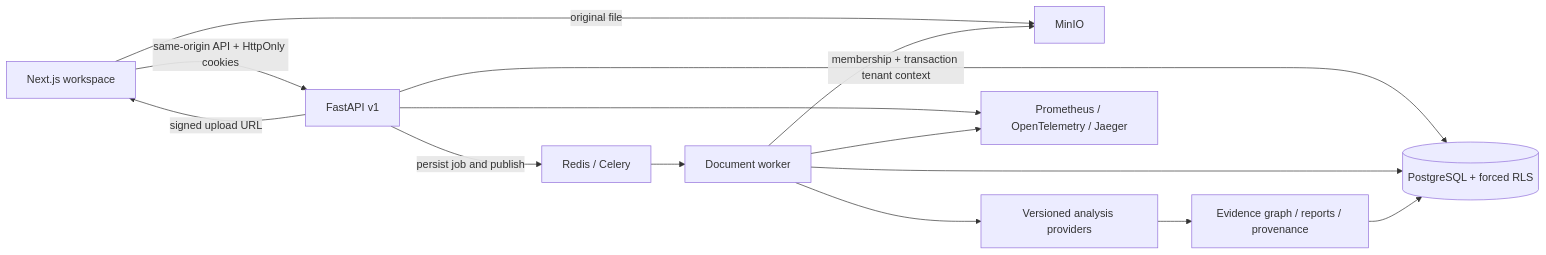
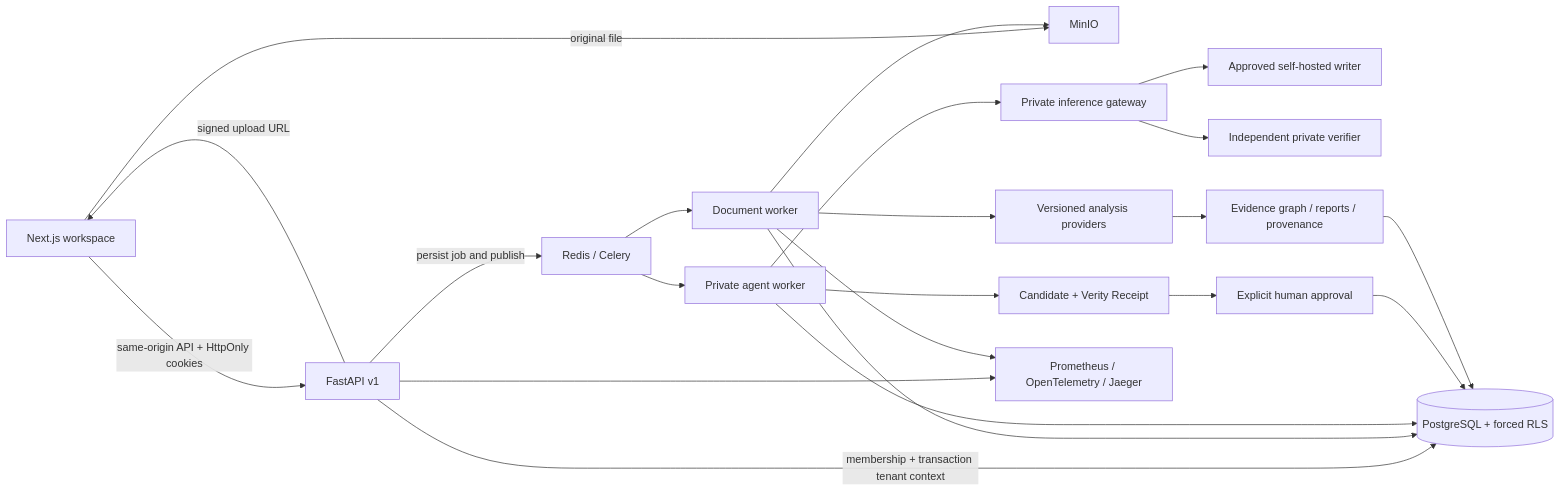
Before and after one commit to arajmir7/Azaeron-Verity: the diagram in ARCHITECTURE.md, drawn with Mermaid. The commit also changed other lines of this file and 61 other files, not shown here.

Commit message:
Implement private agent lifecycle, verified candidate receipts and scoped corpus foundations

````diff
--- a/ARCHITECTURE.md
+++ b/ARCHITECTURE.md
@@ -16,16 +16,24 @@
 ```mermaid
 flowchart LR
     Browser[Next.js workspace] -->|same-origin API + HttpOnly cookies| API[FastAPI v1]
     API -->|signed upload URL| Browser
     Browser -->|original file| Storage[MinIO]
     API -->|membership + transaction tenant context| DB[(PostgreSQL + forced RLS)]
     API -->|persist job and publish| Queue[Redis / Celery]
     Queue --> Worker[Document worker]
     Worker --> Storage
     Worker --> DB
+    Queue --> Agent[Private agent worker]
+    Agent --> DB
+    Agent --> Gateway[Private inference gateway]
+    Gateway --> Writer[Approved self-hosted writer]
+    Gateway --> Verifier[Independent private verifier]
+    Agent --> Candidate[Candidate + Verity Receipt]
+    Candidate --> Approval[Explicit human approval]
+    Approval --> DB
     Worker --> Analysis[Versioned analysis providers]
     Analysis --> Evidence[Evidence graph / reports / provenance]
     Evidence --> DB
     API --> Telemetry[Prometheus / OpenTelemetry / Jaeger]
     Worker --> Telemetry
 ```
````
